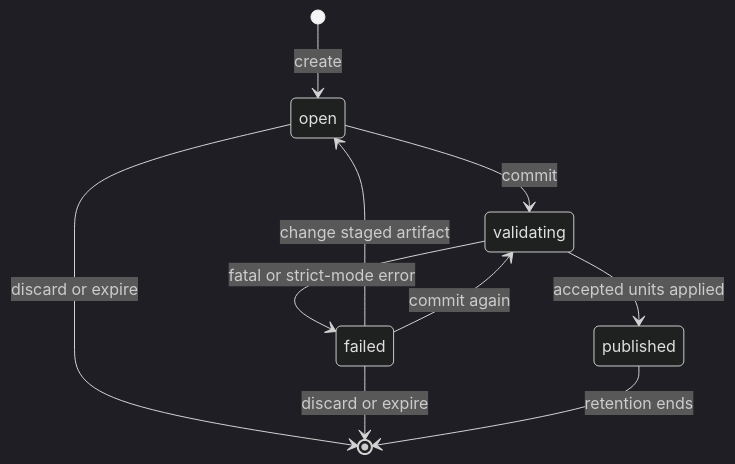
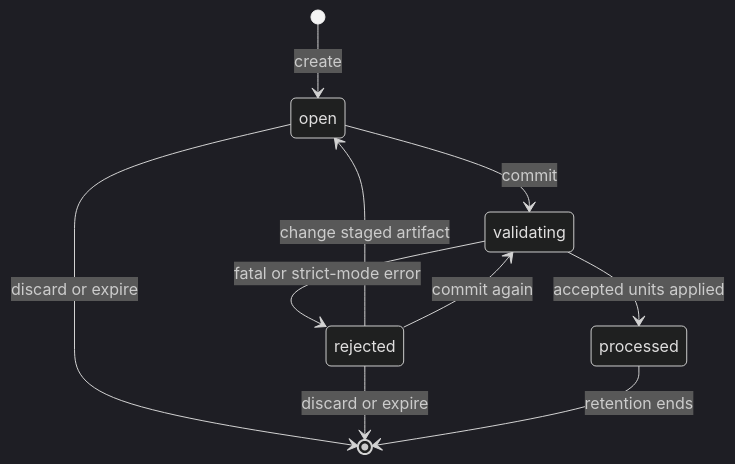
Before and after one commit to open-resource-discovery/specification: the diagram in docs/spec-v1/index.md, drawn with Mermaid (dark theme). The commit also changed other lines of this file and 3 other files, not shown here.

First line of the commit message:
Rename push submission statuses to processed and rejected

````diff
--- a/docs/spec-v1/index.md
+++ b/docs/spec-v1/index.md
@@ -293,12 +293,12 @@
 ```mermaid
 stateDiagram-v2
     [*] --> open: create
     open --> validating: commit
-    validating --> published: accepted units applied
-    validating --> failed: fatal or strict-mode error
-    failed --> open: change staged artifact
-    failed --> validating: commit again
+    validating --> processed: accepted units applied
+    validating --> rejected: fatal or strict-mode error
+    rejected --> open: change staged artifact
+    rejected --> validating: commit again
     open --> [*]: discard or expire
-    failed --> [*]: discard or expire
-    published --> [*]: retention ends
+    rejected --> [*]: discard or expire
+    processed --> [*]: retention ends
 ```
````
